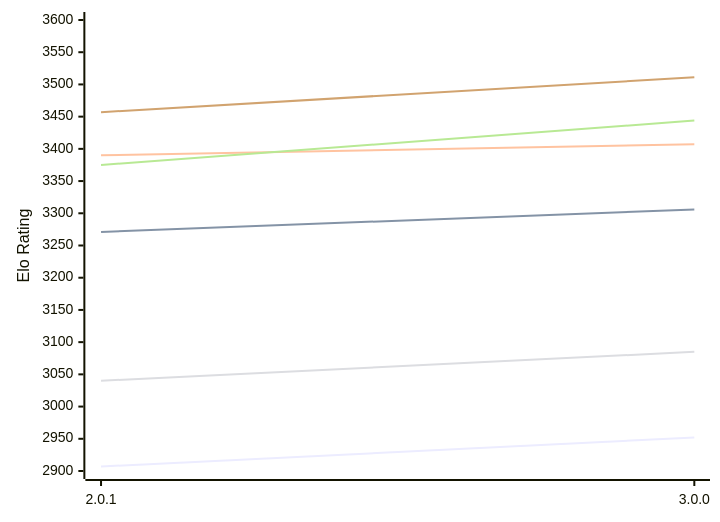
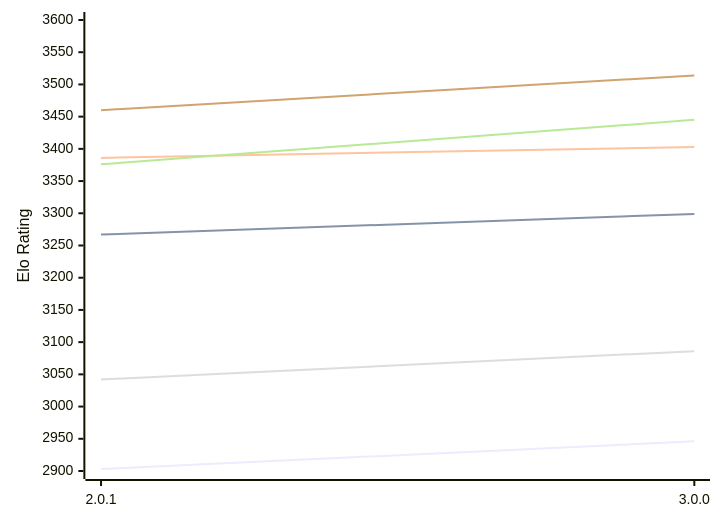
One commit to computer-chess-index/cci changed the first of 2 diagrams in engines/Grail.md. Above: the diagram before and after it, drawn with Mermaid. The commit also changed other lines of this file, not shown here.

Commit message:
Update CCI Ratings (ELO VLTC) - 2026-11-09

````diff
--- a/engines/Grail.md
+++ b/engines/Grail.md
@@ -56,12 +56,12 @@
 ```mermaid
 %%{init: {"theme":"base","themeVariables":{"seriesColors:['#a3a3a3','#222221','#faa371']}}}%%
 xychart-beta
   x-axis ["2.0.1", "3.0.0"]
   y-axis "Elo Rating" 2900 --> 3600
-  line "E1: STC (8.0+0.08s)" [2907, 2952]
-  line "E1: LTC (60.0+0.60s)" [3271, 3306]
-  line "E1: VLTC (2m24s+1.12s)" [3390, 3407]
-  line "P1: STC (8.0+0.08s)" [3040, 3085]
-  line "P1: LTC (60.0+0.60s)" [3375, 3444]
-  line "P1: VLTC (2m24s+1.12s)" [3457, 3511]
+  line "E1: STC (8.0+0.08s)" [2903, 2946]
+  line "E1: LTC (60.0+0.60s)" [3267, 3299]
+  line "E1: VLTC (2m24s+1.12s)" [3386, 3403]
+  line "P1: STC (8.0+0.08s)" [3042, 3086]
+  line "P1: LTC (60.0+0.60s)" [3376, 3445]
+  line "P1: VLTC (2m24s+1.12s)" [3460, 3514]
 ```
````
